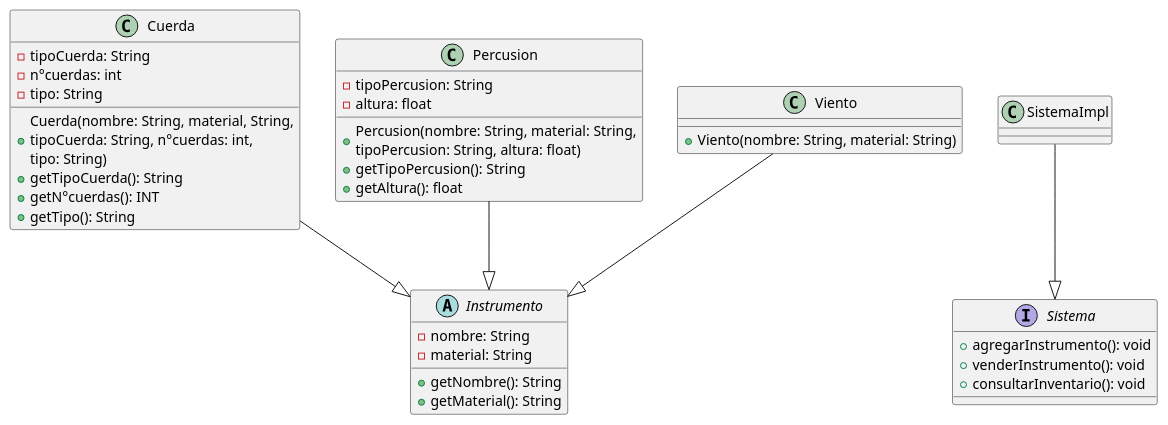
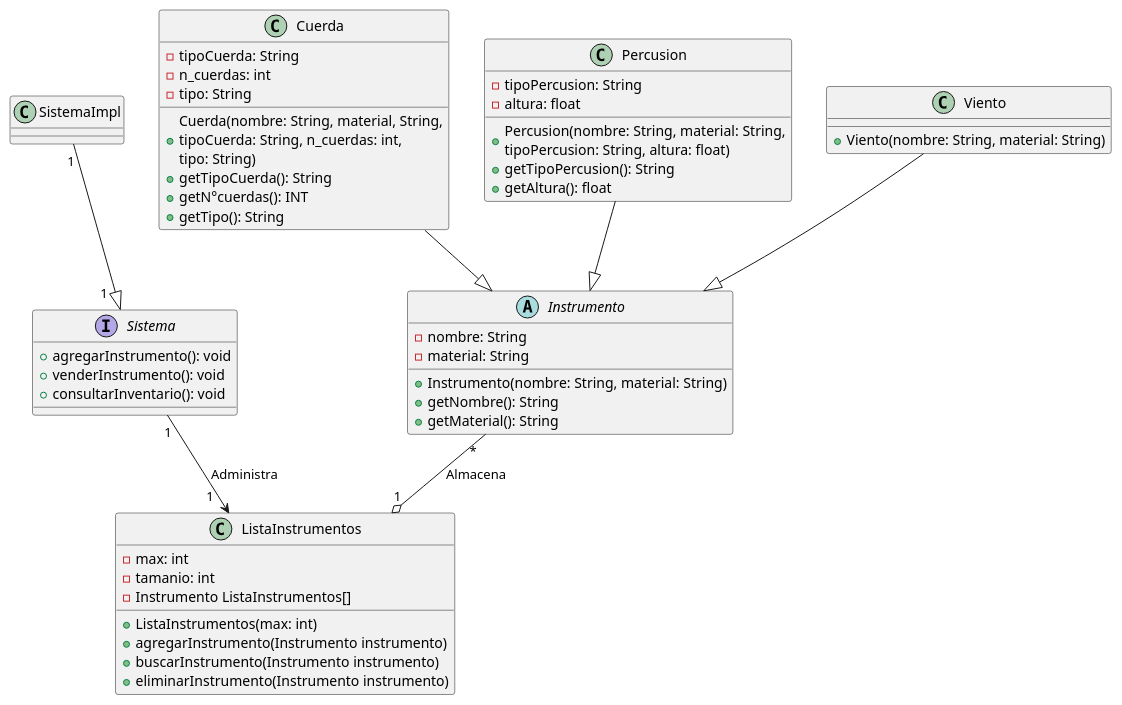
Before and after one commit to AlbertoLyons/Taller-3: the diagram in Clases.puml, drawn with PlantUML. The commit also changed 16 other files, not shown here.

```diff
--- a/Clases.puml
+++ b/Clases.puml
@@ -1,40 +1,52 @@
 @startuml
 abstract Instrumento {
 -{field} nombre: String
 -{field} material: String
++{method} Instrumento(nombre: String, material: String)
 +{method} getNombre(): String
 +{method} getMaterial(): String
 }
 class Cuerda {
 -{field} tipoCuerda: String
--{field} n°cuerdas: int
+-{field} n_cuerdas: int
 -{field} tipo: String
-+{method} Cuerda(nombre: String, material, String,\ntipoCuerda: String, n°cuerdas: int,\ntipo: String)
++{method} Cuerda(nombre: String, material, String,\ntipoCuerda: String, n_cuerdas: int,\ntipo: String)
 +{method} getTipoCuerda(): String
 +{method} getN°cuerdas(): INT
 +{method} getTipo(): String
 }
 class Percusion {
 -{field} tipoPercusion: String
 -{field} altura: float
 +{method} Percusion(nombre: String, material: String,\ntipoPercusion: String, altura: float)
 +{method} getTipoPercusion(): String
 +{method} getAltura(): float
 }
 class Viento {
 +{method} Viento(nombre: String, material: String)
 }
+class ListaInstrumentos {
+-{field} max: int
+-{field} tamanio: int
+-{field} Instrumento ListaInstrumentos[]
++{method} ListaInstrumentos(max: int)
++{method} agregarInstrumento(Instrumento instrumento)
++{method} buscarInstrumento(Instrumento instrumento)
++{method} eliminarInstrumento(Instrumento instrumento)
+}
 interface Sistema {
 +{field} agregarInstrumento(): void
 +{field} venderInstrumento(): void
 +{field} consultarInventario(): void
 }
 class SistemaImpl {
 }
-SistemaImpl --|> Sistema
-Cuerda --|> Instrumento
-Percusion --|> Instrumento
-Viento --|> Instrumento
+SistemaImpl "1" --|> "1   " Sistema
+Cuerda  --|>  Instrumento
+Percusion  --|>  Instrumento
+Viento  --|>  Instrumento
+Sistema "1" --> "1   " ListaInstrumentos : Administra
+Instrumento "*" --o "1" ListaInstrumentos : Almacena
 
 
 @enduml
```
